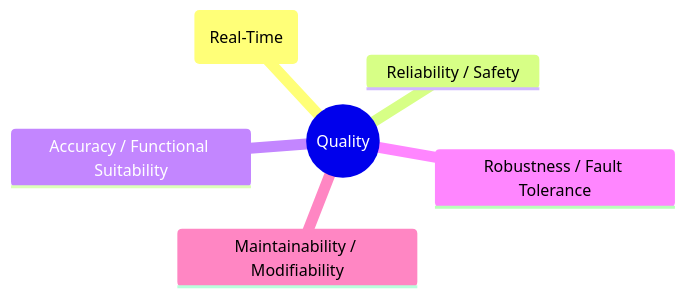
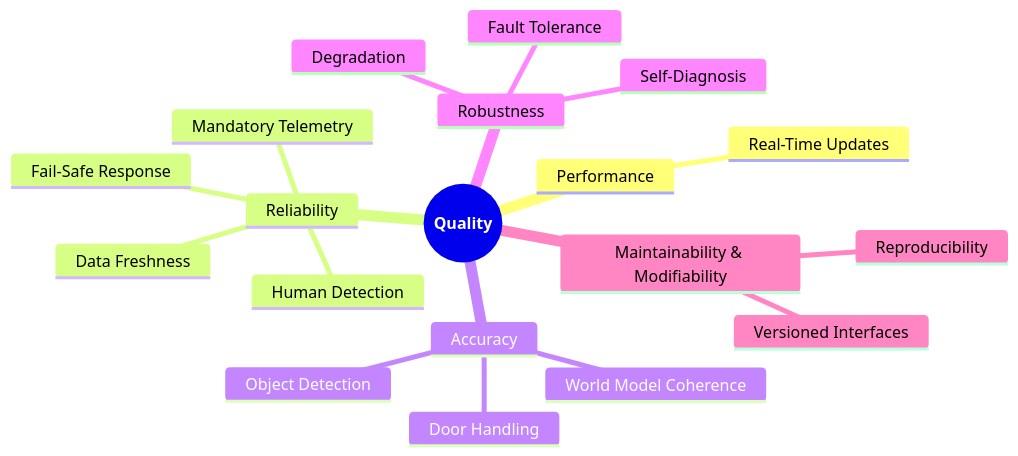
The second of 6 diagrams in doc/10. Quality Requirements.md (una-auxme/arlab), drawn with Mermaid before and after one commit. The commit also changed other lines of this file, not shown here.

Commit message:
'Updated 10. Quality Requirements.md' - worked on new szenarios, worked on graphs, worked on tables. Adapted everything to the new information.

````diff
--- a/doc/10. Quality Requirements.md
+++ b/doc/10. Quality Requirements.md
@@ -40,9 +46,22 @@
 ```mermaid
 mindmap
-  root((Quality))
-    Performance / Efficiency (Real-Time)
-    Reliability / Safety
-    Accuracy / Functional Suitability
-    Robustness / Fault Tolerance
-    Maintainability / Modifiability
+  root((**Quality**))
+    Performance 
+      Real-Time Updates
+    Reliability
+      Human Detection
+      Fail-Safe Response
+      Data Freshness 
+      Mandatory Telemetry
+    Accuracy
+      Object Detection
+      Door Handling
+      World Model Coherence
+    Robustness
+      Degradation
+      Fault Tolerance
+      Self-Diagnosis
+    Maintainability & Modifiability
+      Versioned Interfaces
+      Reproducibility
 ```
````
